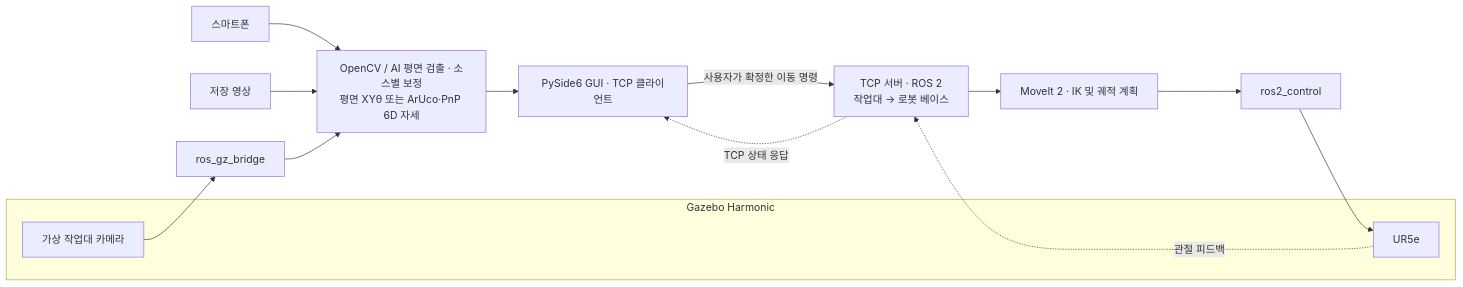
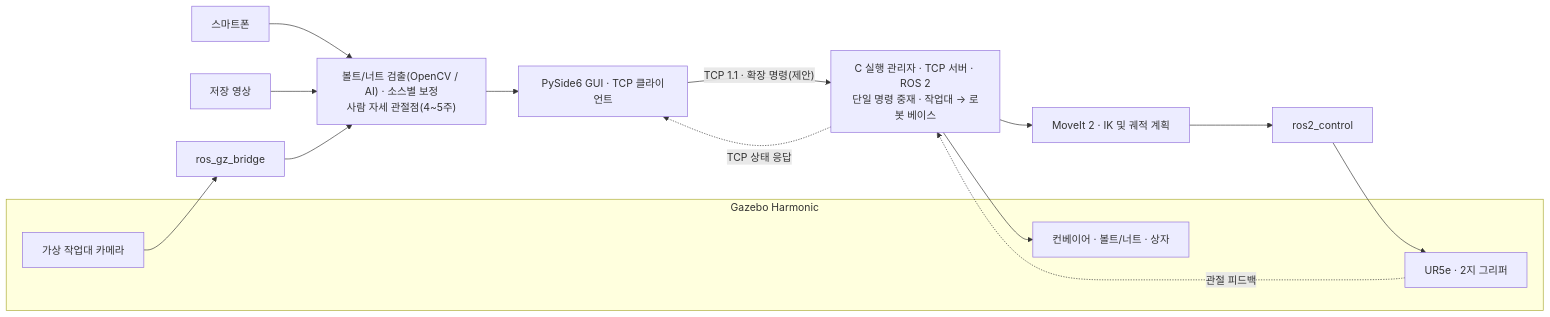
The diagram in README.md (didgustmd23/EyetoArm), drawn with Mermaid before and after one commit. The commit also changed other lines of this file and 9 other files, not shown here.

````diff
--- a/README.md
+++ b/README.md
@@ -33,16 +36,18 @@
 ```mermaid
 flowchart LR
     Phone["스마트폰"] --> Vision
     File["저장 영상"] --> Vision
     subgraph Sim["Gazebo Harmonic"]
         Camera["가상 작업대 카메라"]
-        Arm["UR5e"]
+        Belt["컨베이어 · 볼트/너트 · 상자"]
+        Arm["UR5e · 2지 그리퍼"]
     end
-    Camera --> Bridge["ros_gz_bridge"] --> Vision["OpenCV / AI 평면 검출 · 소스별 보정<br/>평면 XYθ 또는 ArUco·PnP 6D 자세"]
+    Camera --> Bridge["ros_gz_bridge"] --> Vision["볼트/너트 검출(OpenCV / AI) · 소스별 보정<br/>사람 자세 관절점(4~5주)"]
     Vision --> Gui["PySide6 GUI · TCP 클라이언트"]
-    Gui -->|사용자가 확정한 이동 명령| Server["TCP 서버 · ROS 2<br/>작업대 → 로봇 베이스"]
+    Gui -->|"TCP 1.1 · 확장 명령(제안)"| Server["C 실행 관리자 · TCP 서버 · ROS 2<br/>단일 명령 중재 · 작업대 → 로봇 베이스"]
     Server --> MoveIt["MoveIt 2 · IK 및 궤적 계획"]
     MoveIt --> Control["ros2_control"] --> Arm
+    Server --> Belt
     Arm -. 관절 피드백 .-> Server
     Server -. TCP 상태 응답 .-> Gui
 ```
````
